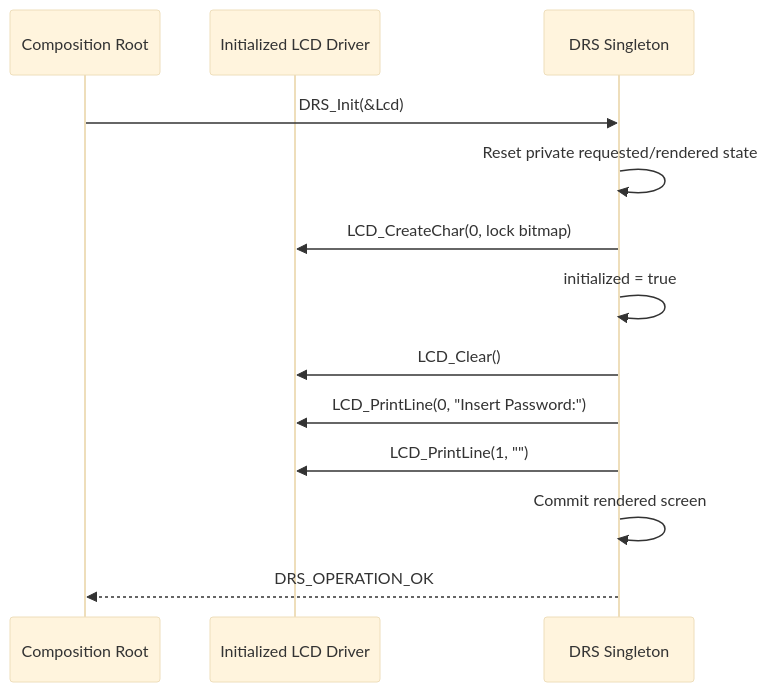
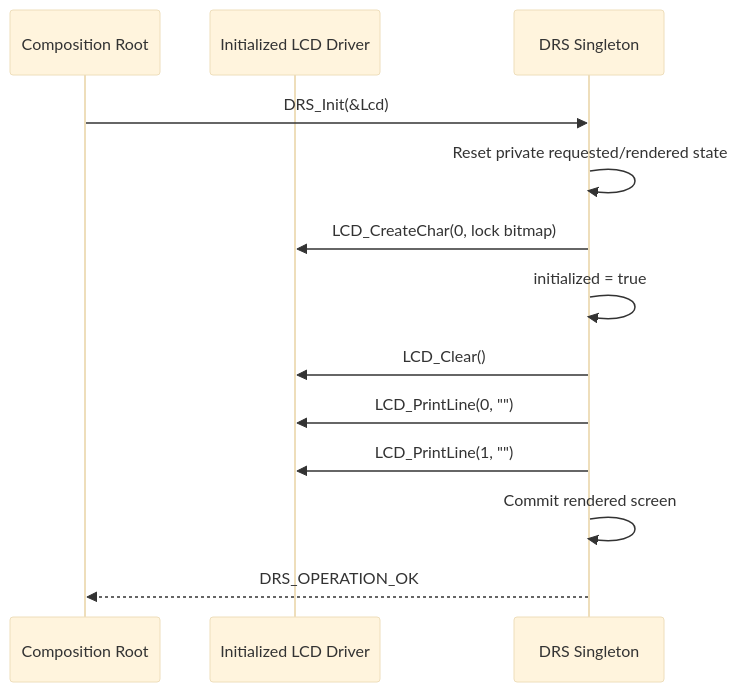
Before and after one commit to JP-REY/STM32F103C8T6-Based-Electronic-Lock: the third of 5 diagrams in Libs/Services/Display_Render/README.md, drawn with Mermaid (base theme). The commit also changed other lines of this file and 2 other files, not shown here.

````diff
--- a/Libs/Services/Display_Render/README.md
+++ b/Libs/Services/Display_Render/README.md
@@ -656,16 +672,16 @@
 ```mermaid
 sequenceDiagram
     participant ROOT as Composition Root
     participant LCD as Initialized LCD Driver
     participant DRS as DRS Singleton
 
     ROOT->>DRS: DRS_Init(&Lcd)
     DRS->>DRS: Reset private requested/rendered state
     DRS->>LCD: LCD_CreateChar(0, lock bitmap)
     DRS->>DRS: initialized = true
     DRS->>LCD: LCD_Clear()
-    DRS->>LCD: LCD_PrintLine(0, "Insert Password:")
+    DRS->>LCD: LCD_PrintLine(0, "")
     DRS->>LCD: LCD_PrintLine(1, "")
     DRS->>DRS: Commit rendered screen
     DRS-->>ROOT: DRS_OPERATION_OK
 ```
````
